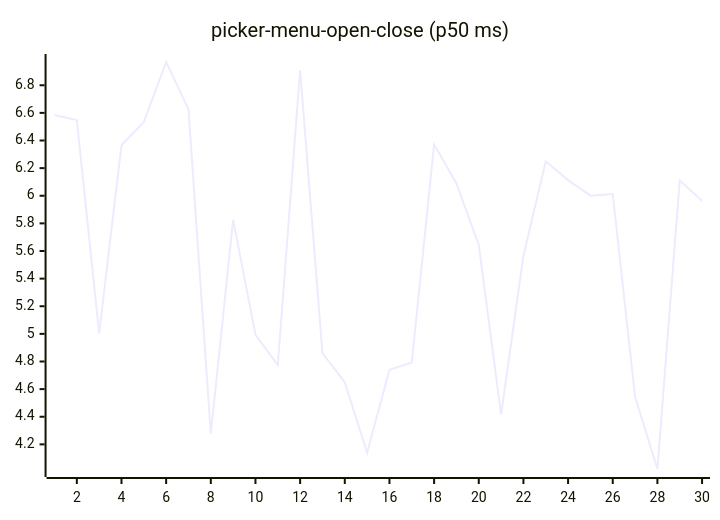
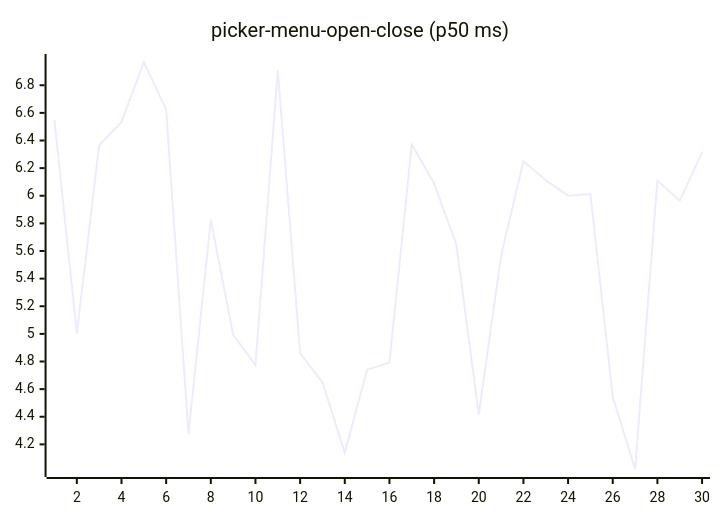
Before and after one commit to josha/Facet: diagram 16 of 27 in README.md, drawn with Mermaid. The commit also changed other lines of this file and 2 other files, not shown here.

````diff
--- a/README.md
+++ b/README.md
@@ -168,6 +168,6 @@
 ```mermaid
 xychart-beta
     title "picker-menu-open-close (p50 ms)"
     x-axis 1 --> 30
-    line [6.5840, 6.5483, 5.0039, 6.3653, 6.5343, 6.9684, 6.6249, 4.2762, 5.8275, 4.9929, 4.7749, 6.9094, 4.8605, 4.6493, 4.1383, 4.7397, 4.7934, 6.3713, 6.0885, 5.6440, 4.4145, 5.5656, 6.2500, 6.1133, 6.0006, 6.0128, 4.5439, 4.0216, 6.1100, 5.9646]
+    line [6.5483, 5.0039, 6.3653, 6.5343, 6.9684, 6.6249, 4.2762, 5.8275, 4.9929, 4.7749, 6.9094, 4.8605, 4.6493, 4.1383, 4.7397, 4.7934, 6.3713, 6.0885, 5.6440, 4.4145, 5.5656, 6.2500, 6.1133, 6.0006, 6.0128, 4.5439, 4.0216, 6.1100, 5.9646, 6.3137]
 ```
````
